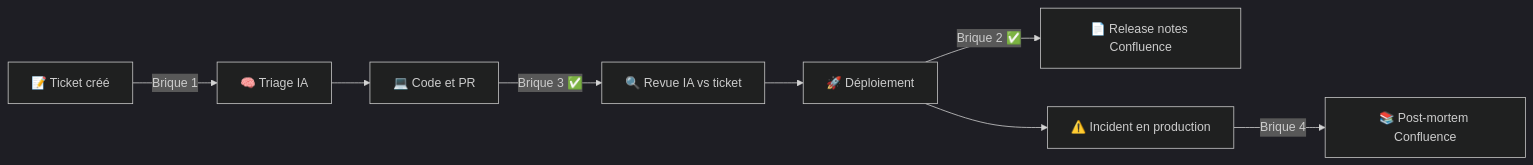
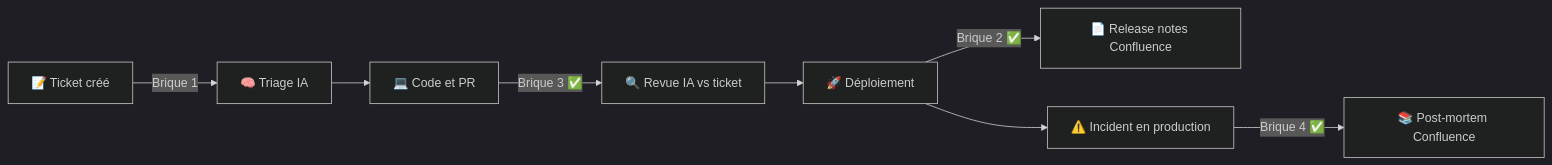
The diagram in README.md (mbahnis/POC-AI-Atlassian), drawn with Mermaid (dark theme) before and after one commit. The commit also changed other lines of this file and 9 other files, not shown here.

````diff
--- a/README.md
+++ b/README.md
@@ -39,10 +39,10 @@
 ```mermaid
 flowchart LR
     A[📝 Ticket créé] -->|Brique 1| B[🧠 Triage IA]
     B --> C[💻 Code et PR]
     C -->|Brique 3 ✅| D[🔍 Revue IA vs ticket]
     D --> E[🚀 Déploiement]
     E -->|Brique 2 ✅| F[📄 Release notes Confluence]
     E --> G[⚠️ Incident en production]
-    G -->|Brique 4| H[📚 Post-mortem Confluence]
+    G -->|Brique 4 ✅| H[📚 Post-mortem Confluence]
 ```
````
